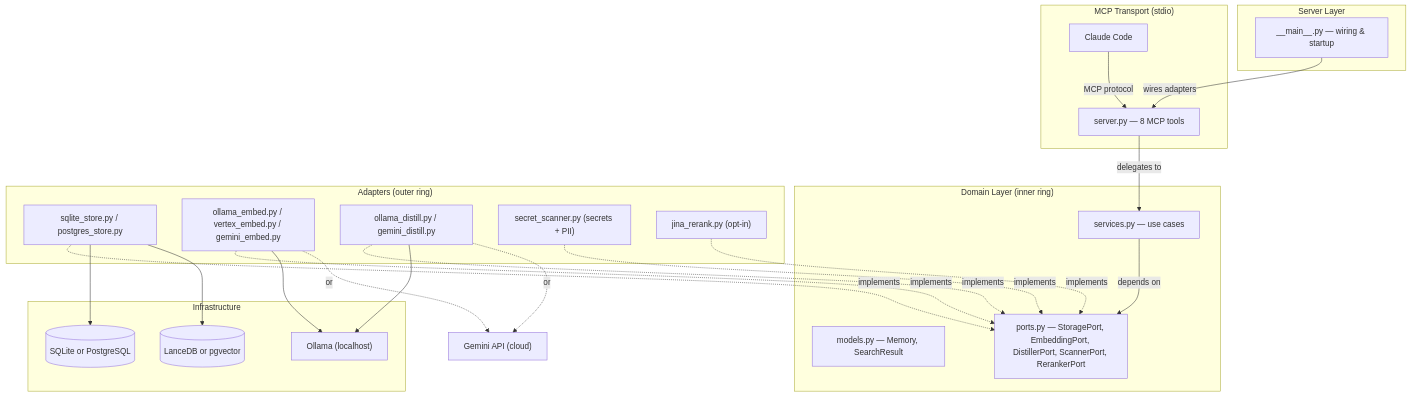
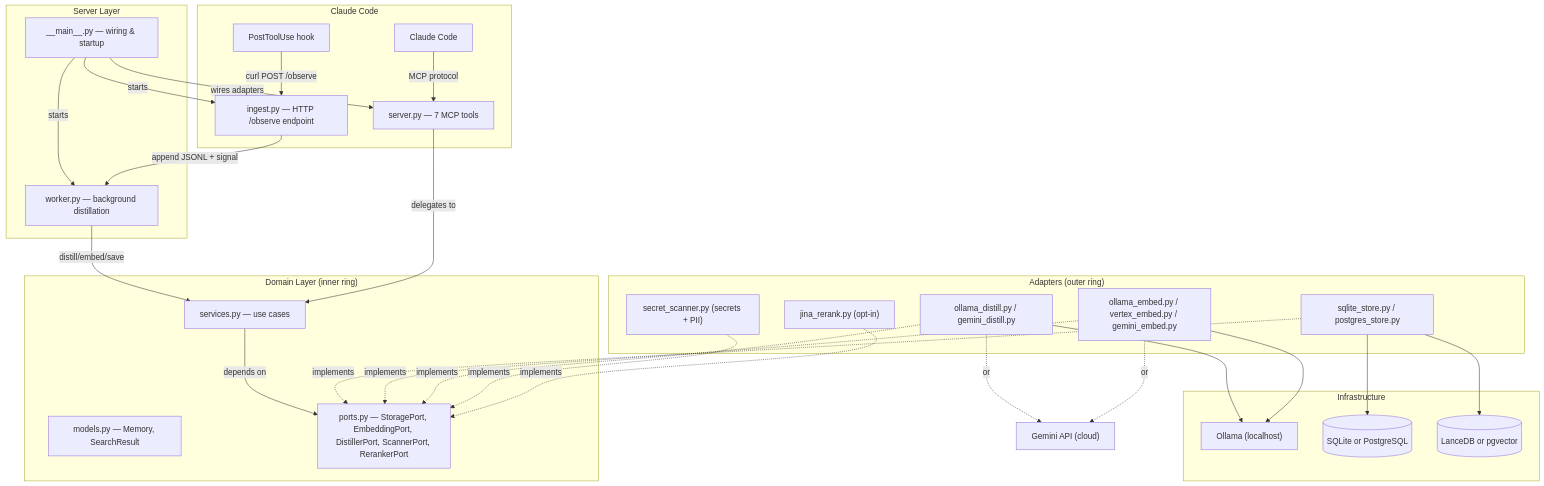
Before and after one commit to 5queezer/distill: the diagram in docs/explanation/architecture.md, drawn with Mermaid. The commit also changed other lines of this file and 37 other files, not shown here.

First line of the commit message:
feat: auto-observe pipeline — replace remember/confirm with hook-based capture (#80)

````diff
--- a/docs/explanation/architecture.md
+++ b/docs/explanation/architecture.md
@@ -11,46 +11,53 @@
 ```mermaid
 graph TB
-    subgraph "MCP Transport (stdio)"
+    subgraph "Claude Code"
         CC[Claude Code] -->|MCP protocol| SRV
+        HOOK["PostToolUse hook"] -->|"curl POST /observe"| ING
     end
 
     subgraph "Server Layer"
-        SRV["server.py — 8 MCP tools"]
+        SRV["server.py — 7 MCP tools"]
+        ING["ingest.py — HTTP /observe endpoint"]
+        WRK["worker.py — background distillation"]
         MAIN["__main__.py — wiring & startup"]
     end
 
     subgraph "Domain Layer (inner ring)"
         SVC["services.py — use cases"]
         MDL["models.py — Memory, SearchResult"]
         PRT["ports.py — StoragePort, EmbeddingPort, DistillerPort, ScannerPort, RerankerPort"]
     end
 
     subgraph "Adapters (outer ring)"
         SQL["sqlite_store.py / postgres_store.py"]
         EMB["ollama_embed.py / vertex_embed.py / gemini_embed.py"]
         DST["ollama_distill.py / gemini_distill.py"]
         SCN["secret_scanner.py (secrets + PII)"]
         RRK["jina_rerank.py (opt-in)"]
     end
 
     subgraph "Infrastructure"
         OLLAMA["Ollama (localhost)"]
         DB[(SQLite or PostgreSQL)]
         VEC[(LanceDB or pgvector)]
     end
 
     MAIN -->|wires adapters| SRV
+    MAIN -->|starts| ING
+    MAIN -->|starts| WRK
+    ING -->|"append JSONL + signal"| WRK
+    WRK -->|"distill/embed/save"| SVC
     SRV -->|delegates to| SVC
     SVC -->|depends on| PRT
     SQL -.->|implements| PRT
     EMB -.->|implements| PRT
     DST -.->|implements| PRT
     SCN -.->|implements| PRT
     RRK -.->|implements| PRT
     DST --> OLLAMA
     DST -.->|or| GEMINI["Gemini API (cloud)"]
     EMB --> OLLAMA
     EMB -.->|or| GEMINI
     SQL --> DB
     SQL --> VEC
 ```
````
